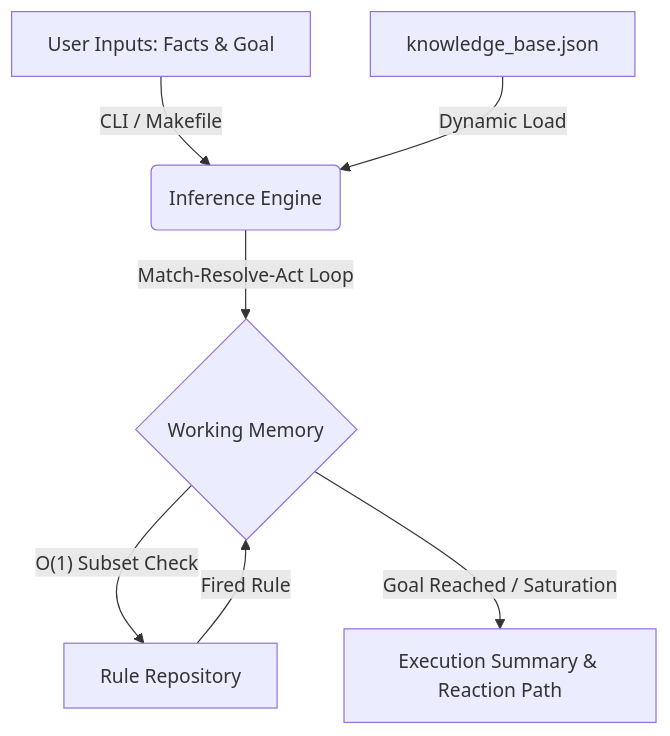
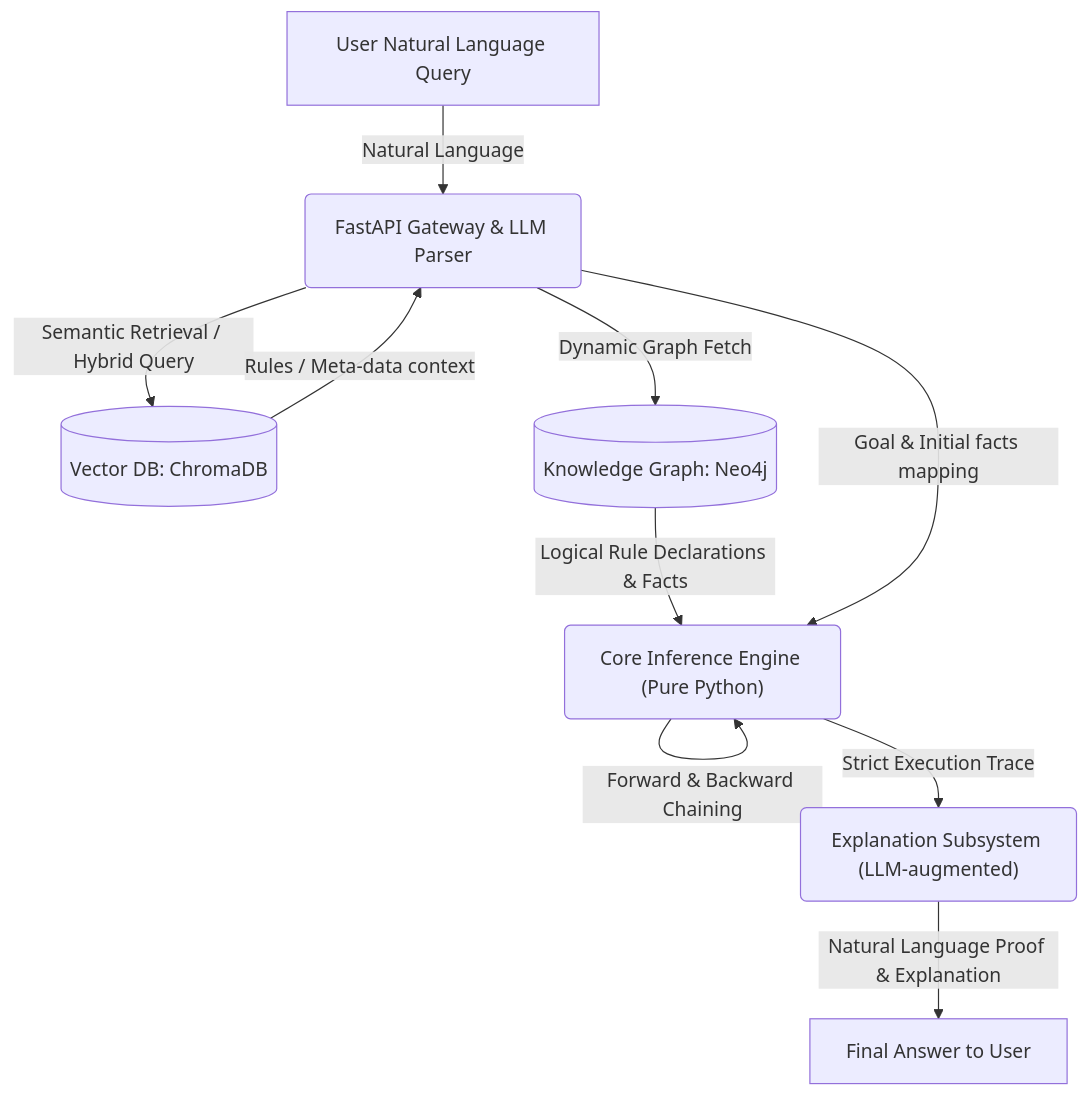
The diagram in README.md (khang3004/Knowledge_Representation_Playground_code), drawn with Mermaid before and after one commit. The commit also changed other lines of this file and 50 other files, not shown here.

Commit message:
feat: implement RAG agent and core engine framework while removing legacy code and documentation

````diff
--- a/README.md
+++ b/README.md
@@ -25,9 +13,12 @@
 ```mermaid
 graph TD
-    A["User Inputs: Facts & Goal"] -->|CLI / Makefile| B("Inference Engine")
-    C["knowledge_base.json"] -->|Dynamic Load| B
-    B -->|Match-Resolve-Act Loop| D{"Working Memory"}
-    D -->|"O(1) Subset Check"| E["Rule Repository"]
-    E -->|Fired Rule| D
-    D -->|"Goal Reached / Saturation"| F["Execution Summary & Reaction Path"]
+    A["User Natural Language Query"] -->|Natural Language| B("FastAPI Gateway & LLM Parser")
+    B -->|Semantic Retrieval / Hybrid Query| C[("Vector DB: ChromaDB")]
+    B -->|Dynamic Graph Fetch| D[("Knowledge Graph: Neo4j")]
+    C -->|Rules / Meta-data context| B
+    D -->|Logical Rule Declarations & Facts| E("Core Inference Engine (Pure Python)")
+    B -->|Goal & Initial facts mapping| E
+    E -->|Forward & Backward Chaining| E
+    E -->|Strict Execution Trace| F("Explanation Subsystem (LLM-augmented)")
+    F -->|Natural Language Proof & Explanation| G["Final Answer to User"]
 ```
````
